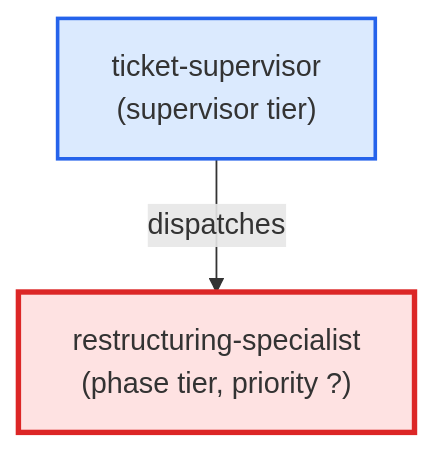
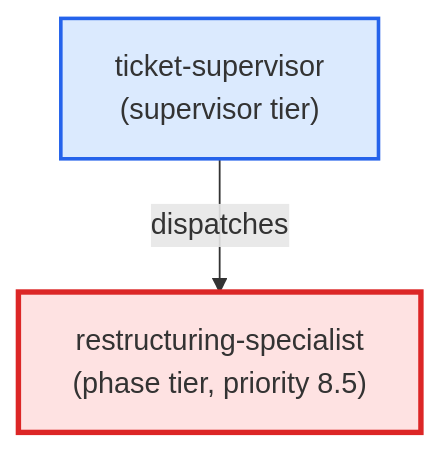
The diagram in docs/agents/cards/restructuring-specialist.card.md (urlmonitor/leafcutter-ai), drawn with Mermaid before and after one commit. The commit also changed other lines of this file and 7 other files, not shown here.

````diff
--- a/docs/agents/cards/restructuring-specialist.card.md
+++ b/docs/agents/cards/restructuring-specialist.card.md
@@ -51,12 +51,12 @@
 ```mermaid
 flowchart TD
     classDef supervisor fill:#dbeafe,stroke:#2563eb,stroke-width:2px
     classDef phase fill:#d1fae5,stroke:#059669,stroke-width:2px
     classDef utility fill:#f3f4f6,stroke:#4b5563,stroke-width:2px
     classDef target fill:#fee2e2,stroke:#dc2626,stroke-width:3px
 
     ticket_supervisor["ticket-supervisor\n(supervisor tier)"]:::supervisor
-    restructuring_specialist["restructuring-specialist\n(phase tier, priority ?)"]:::target
+    restructuring_specialist["restructuring-specialist\n(phase tier, priority 8.5)"]:::target
 
     ticket_supervisor -->|dispatches| restructuring_specialist
 ```
````
